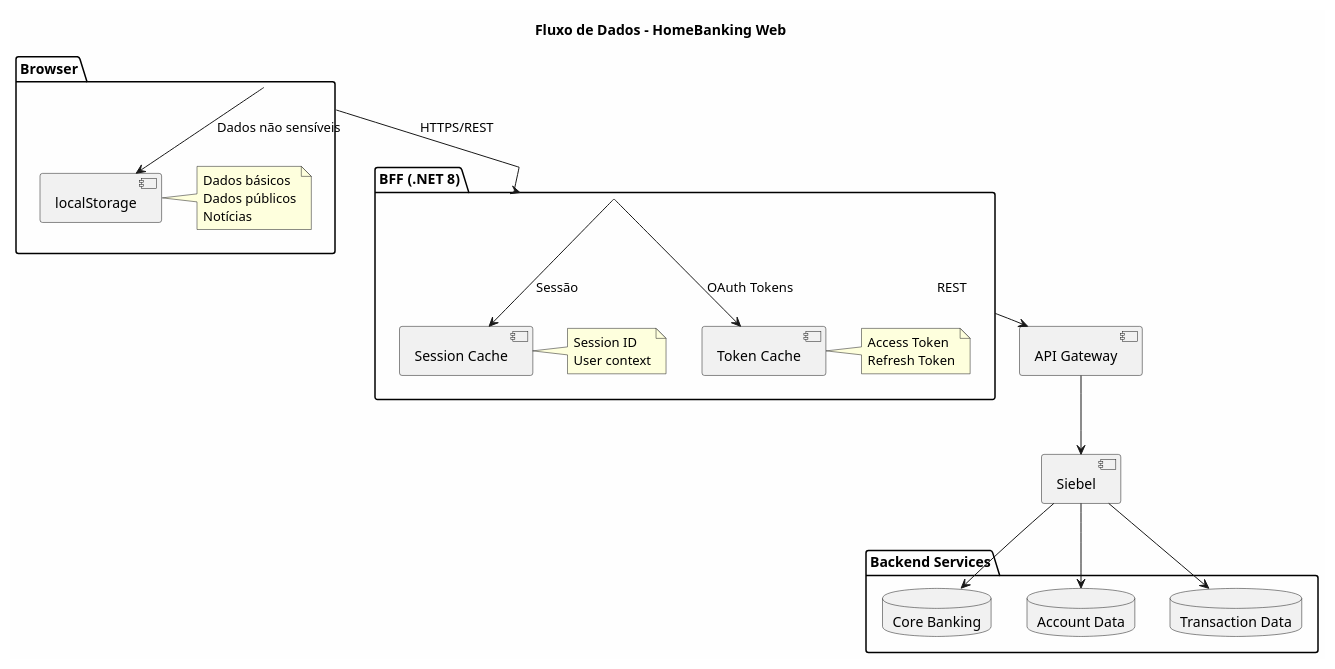
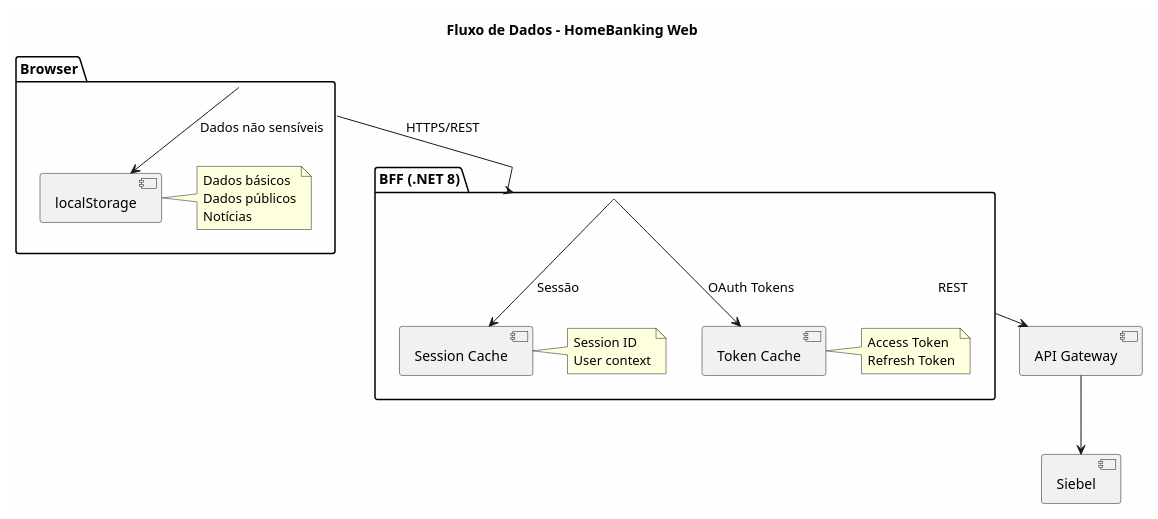
One commit to beduardo/novobanco_website_doc changed the first of 3 diagrams in current/sections/SEC-06-arquitetura-dados.md. Above: the diagram before and after it, drawn with PlantUML. The commit also changed 26 other files, not shown here.

````diff
--- a/current/sections/SEC-06-arquitetura-dados.md
+++ b/current/sections/SEC-06-arquitetura-dados.md
@@ -37,38 +37,29 @@
 ```plantuml
 @startuml
 skinparam backgroundColor #FEFEFE
 
 title Fluxo de Dados - HomeBanking Web
 
 package "Browser" {
     [localStorage] as LS
     note right of LS : Dados básicos\nDados públicos\nNotícias
 }
 
 package "BFF (.NET 8)" as BFF {
     [Session Cache] as SC
     [Token Cache] as TC
     note right of SC : Session ID\nUser context
     note right of TC : Access Token\nRefresh Token
 }
 
 Component "Siebel" as Siebel
 
-package "Backend Services" {
-    database "Core Banking" as CB
-    database "Account Data" as AD
-    database "Transaction Data" as TD
-}
-
 [Browser] --> LS : Dados não sensíveis
 [Browser] --> [BFF] : HTTPS/REST
 [BFF] --> SC : Sessão
 [BFF] --> TC : OAuth Tokens
 [BFF] --> [API Gateway] : REST
 [API Gateway] --> [Siebel]
-[Siebel] --> CB
-[Siebel] --> AD
-[Siebel] --> TD
 
 @enduml
 ```
````
